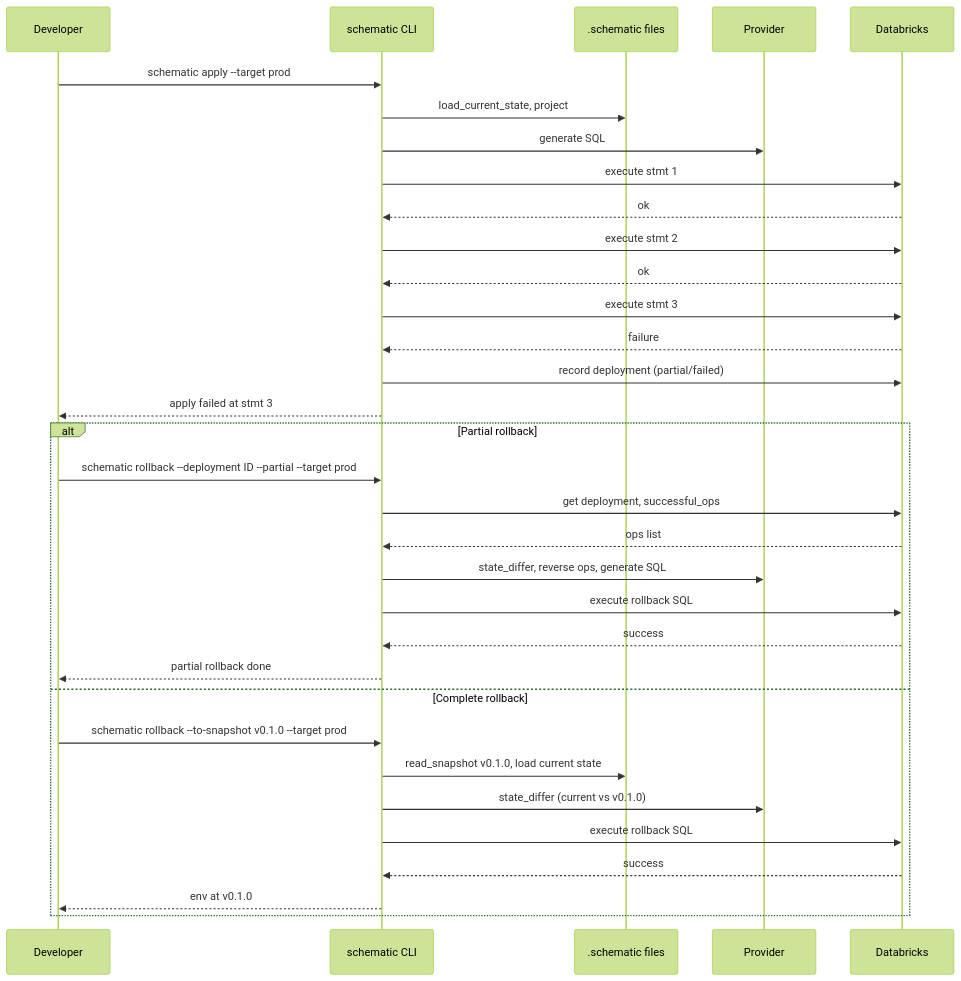
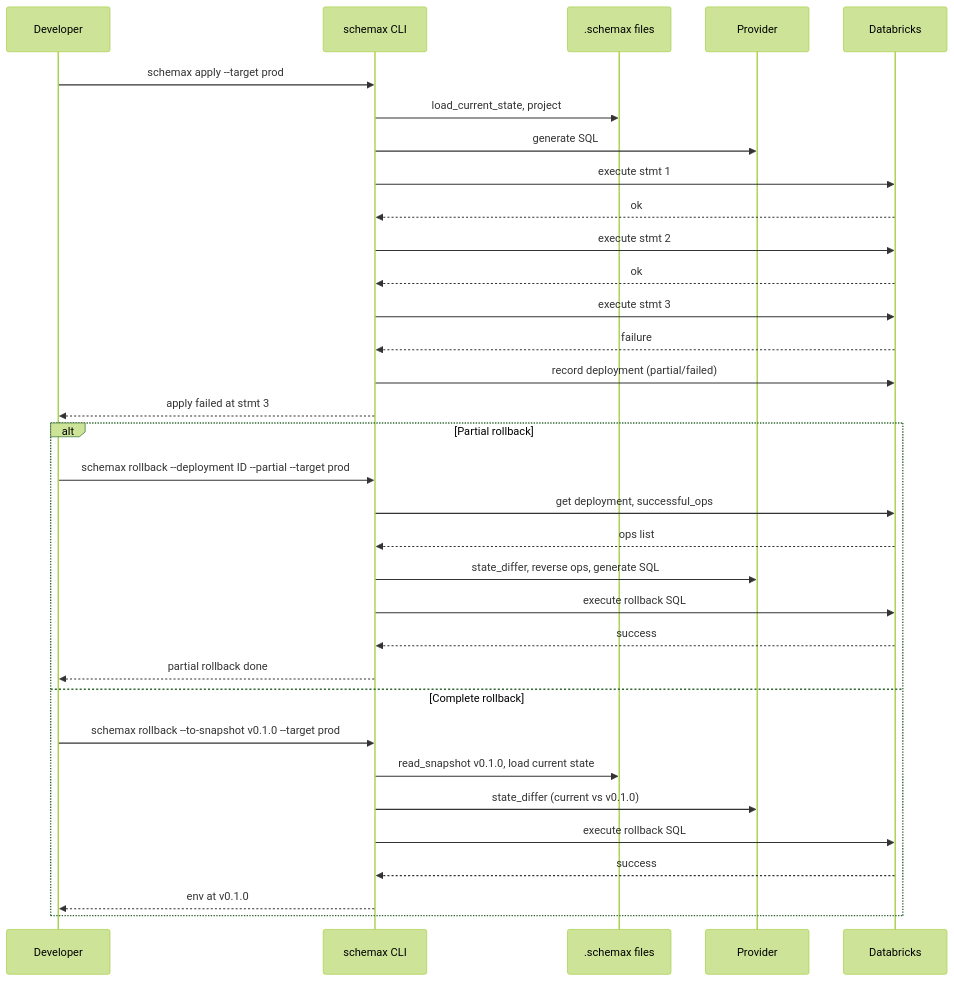
One commit to vb-dbrks/schemax changed the fourth of 6 diagrams in docs/WORKFLOWS.md. Above: the diagram before and after it, drawn with Mermaid (forest theme). The commit also changed other lines of this file and 289 other files, not shown here.

First line of the commit message:
Rename schemax (#100)

````diff
--- a/docs/WORKFLOWS.md
+++ b/docs/WORKFLOWS.md
@@ -231,37 +231,37 @@
 ```mermaid
 sequenceDiagram
   participant Dev as Developer
-  participant CLI as schematic CLI
-  participant Storage as .schematic files
+  participant CLI as schemax CLI
+  participant Storage as .schemax files
   participant Provider as Provider
   participant DB as Databricks
 
-  Dev->>CLI: schematic apply --target prod
+  Dev->>CLI: schemax apply --target prod
   CLI->>Storage: load_current_state, project
   CLI->>Provider: generate SQL
   CLI->>DB: execute stmt 1
   DB-->>CLI: ok
   CLI->>DB: execute stmt 2
   DB-->>CLI: ok
   CLI->>DB: execute stmt 3
   DB-->>CLI: failure
   CLI->>DB: record deployment (partial/failed)
   CLI-->>Dev: apply failed at stmt 3
 
   alt Partial rollback
-    Dev->>CLI: schematic rollback --deployment ID --partial --target prod
+    Dev->>CLI: schemax rollback --deployment ID --partial --target prod
     CLI->>DB: get deployment, successful_ops
     DB-->>CLI: ops list
     CLI->>Provider: state_differ, reverse ops, generate SQL
     CLI->>DB: execute rollback SQL
     DB-->>CLI: success
     CLI-->>Dev: partial rollback done
   else Complete rollback
-    Dev->>CLI: schematic rollback --to-snapshot v0.1.0 --target prod
+    Dev->>CLI: schemax rollback --to-snapshot v0.1.0 --target prod
     CLI->>Storage: read_snapshot v0.1.0, load current state
     CLI->>Provider: state_differ (current vs v0.1.0)
     CLI->>DB: execute rollback SQL
     DB-->>CLI: success
     CLI-->>Dev: env at v0.1.0
   end
 ```
````
